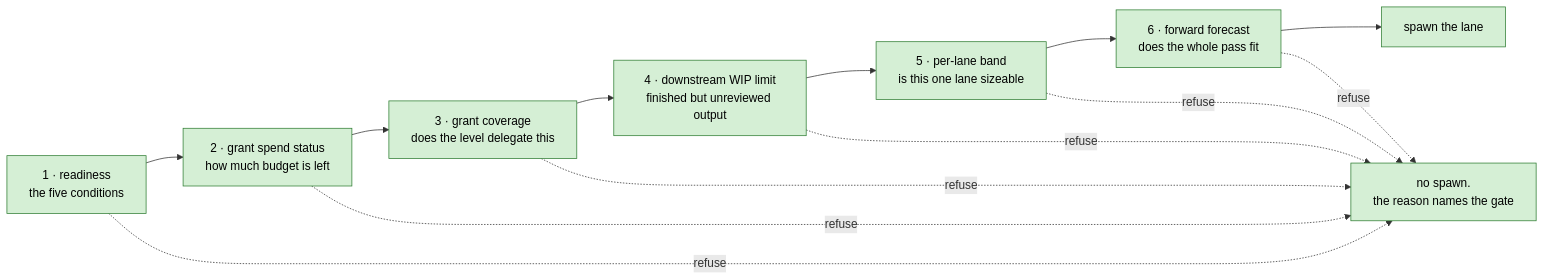
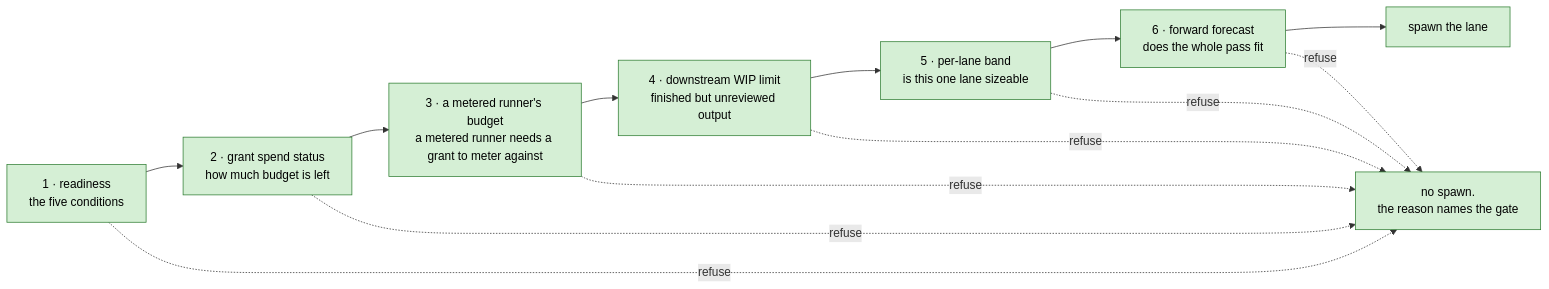
Before and after one commit to niksavis/basicly: the ninth of 16 diagrams in docs/architecture/architecture.md, drawn with Mermaid. The commit also changed other lines of this file and 1 other file, not shown here.

````diff
--- a/docs/architecture/architecture.md
+++ b/docs/architecture/architecture.md
@@ -1889,22 +1894,22 @@
 ```mermaid
 flowchart LR
   g1["1 · readiness<br/>the five conditions"]
   g2["2 · grant spend status<br/>how much budget is left"]
-  g3["3 · grant coverage<br/>does the level delegate this"]
+  g3["3 · a metered runner's budget<br/>a metered runner needs a grant to meter against"]
   g4["4 · downstream WIP limit<br/>finished but unreviewed output"]
   g5["5 · per-lane band<br/>is this one lane sizeable"]
   g6["6 · forward forecast<br/>does the whole pass fit"]
   spawn["spawn the lane"]
   hold["no spawn.<br/>the reason names the gate"]
 
   g1 --> g2 --> g3 --> g4 --> g5 --> g6 --> spawn
   g1 -.->|"refuse"| hold
   g2 -.->|"refuse"| hold
   g3 -.->|"refuse"| hold
   g4 -.->|"refuse"| hold
   g5 -.->|"refuse"| hold
   g6 -.->|"refuse"| hold
 
   classDef shipped fill:#d5efd5,stroke:#2e7d32,color:#000
   class g1,g2,g3,g4,g5,g6,spawn,hold shipped
 ```
````
